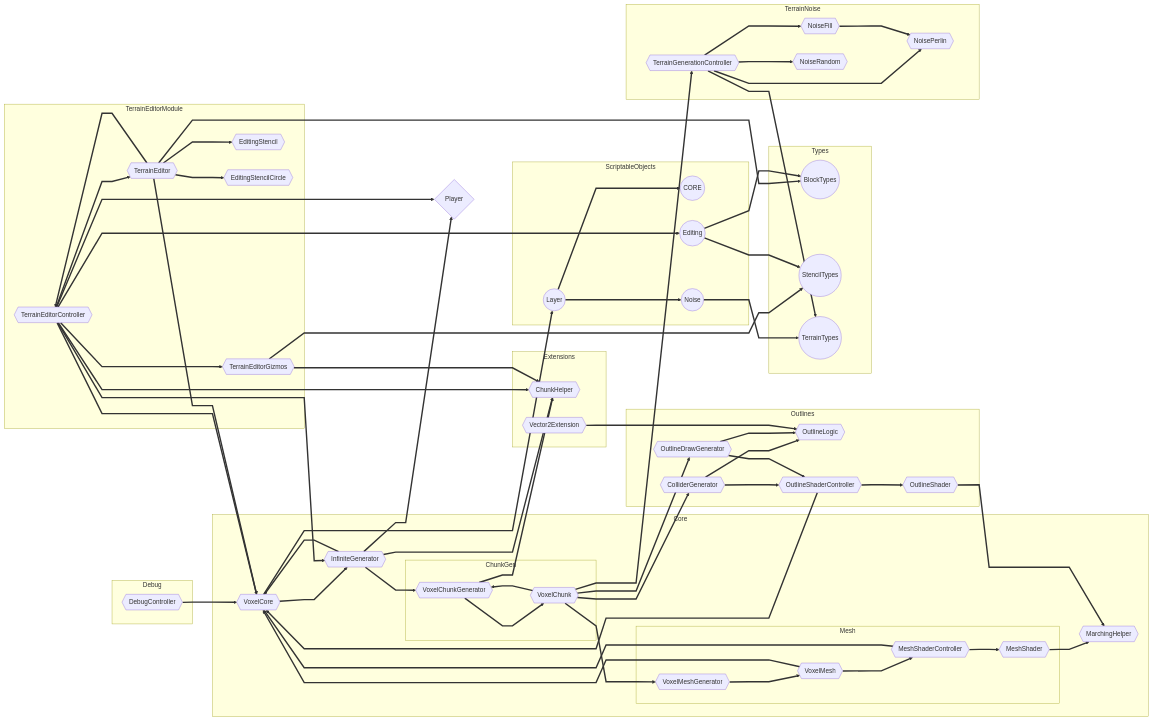
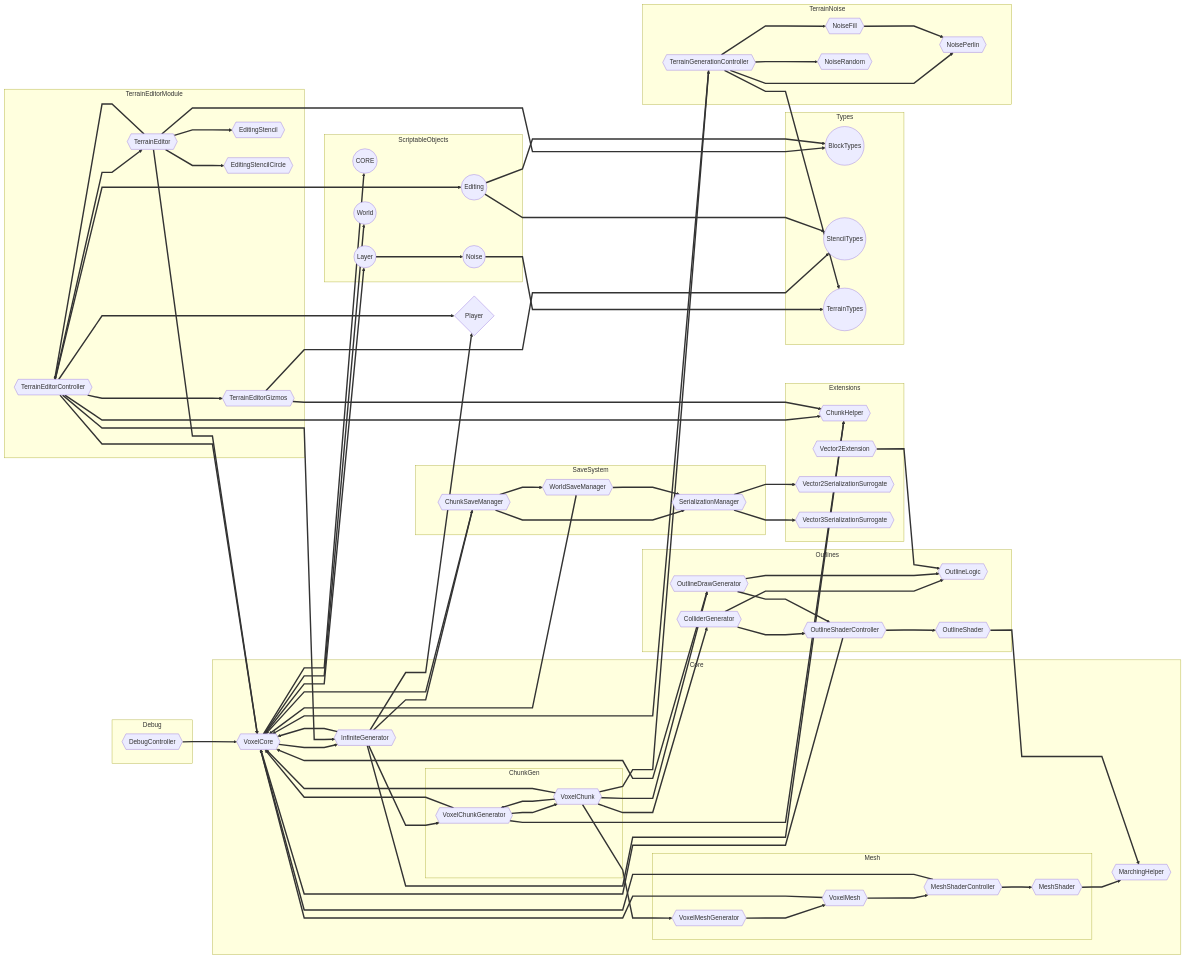
Before and after one commit to joesobo/Marching-Squares-2.0: the diagram in Assets/Graphs/CORE.md, drawn with Mermaid. The commit also changed 43 other files, not shown here.

````diff
--- a/Assets/Graphs/CORE.md
+++ b/Assets/Graphs/CORE.md
@@ -9,6 +9,7 @@
     Layer((Layer));
     Noise((Noise));
     Editing((Editing));
+    World((World));
   end
 
    %% Types
@@ -56,6 +57,8 @@
   subgraph Extensions
     ChunkHelper{{ChunkHelper}};
     Vector2Extension{{Vector2Extension}};
+    Vector2SerializationSurrogate{{Vector2SerializationSurrogate}};
+    Vector3SerializationSurrogate{{Vector3SerializationSurrogate}};
   end
 
   %% Terrain Editor
@@ -75,37 +78,48 @@
     NoisePerlin{{NoisePerlin}};
   end
 
+  %% Save System
+  subgraph SaveSystem
+    ChunkSaveManager{{ChunkSaveManager}};
+    SerializationManager{{SerializationManager}};
+    WorldSaveManager{{WorldSaveManager}};
+  end
+
   Player{Player};
 
   %% Core Connections
-  Layer ==> CORE;
-
   Layer ==> Noise;
 
   Noise ==> TerrainTypes;
 
   VoxelCore ==> Layer;
   VoxelCore ==> InfiniteGenerator;
+  VoxelCore ==> CORE;
+  VoxelCore ==> World;
 
   InfiniteGenerator ==> VoxelCore;
   InfiniteGenerator ==> VoxelChunkGenerator;
   InfiniteGenerator ==> Player;
   InfiniteGenerator ==> ChunkHelper;
+  InfiniteGenerator ==> ChunkSaveManager;
 
   VoxelChunkGenerator ==> VoxelChunk;
   VoxelChunkGenerator ==> ChunkHelper;
+  VoxelChunkGenerator ==> VoxelCore;
 
+  VoxelChunk ==> VoxelChunkGenerator;
+  VoxelChunk ==> VoxelMeshGenerator;
   VoxelChunk ==> ColliderGenerator;
-  VoxelChunk ==> VoxelMeshGenerator;
   VoxelChunk ==> TerrainGenerationController;
-  VoxelChunk ==> VoxelChunkGenerator;
   VoxelChunk ==> OutlineDrawGenerator;
+  VoxelChunk ==> VoxelCore;
 
   ColliderGenerator ==> OutlineLogic;
   ColliderGenerator ==> OutlineShaderController;
 
   OutlineDrawGenerator ==> OutlineLogic;
   OutlineDrawGenerator ==> OutlineShaderController;
+  OutlineDrawGenerator ==> VoxelCore;
 
   VoxelMeshGenerator ==> VoxelMesh;
 
@@ -146,9 +160,20 @@
   TerrainGenerationController ==> NoiseFill;
   TerrainGenerationController ==> NoiseRandom;
   TerrainGenerationController ==> NoisePerlin;
+  TerrainGenerationController ==> VoxelCore;
 
   NoiseFill ==> NoisePerlin;
 
   Editing ==> BlockTypes;
   Editing ==> StencilTypes;
+
+  ChunkSaveManager ==> WorldSaveManager;
+  ChunkSaveManager ==> VoxelCore;
+  ChunkSaveManager ==> SerializationManager;
+
+  SerializationManager ==> Vector2SerializationSurrogate;
+  SerializationManager ==> Vector3SerializationSurrogate;
+
+  WorldSaveManager ==> SerializationManager;
+  WorldSaveManager ==> VoxelCore;
 ```
````
